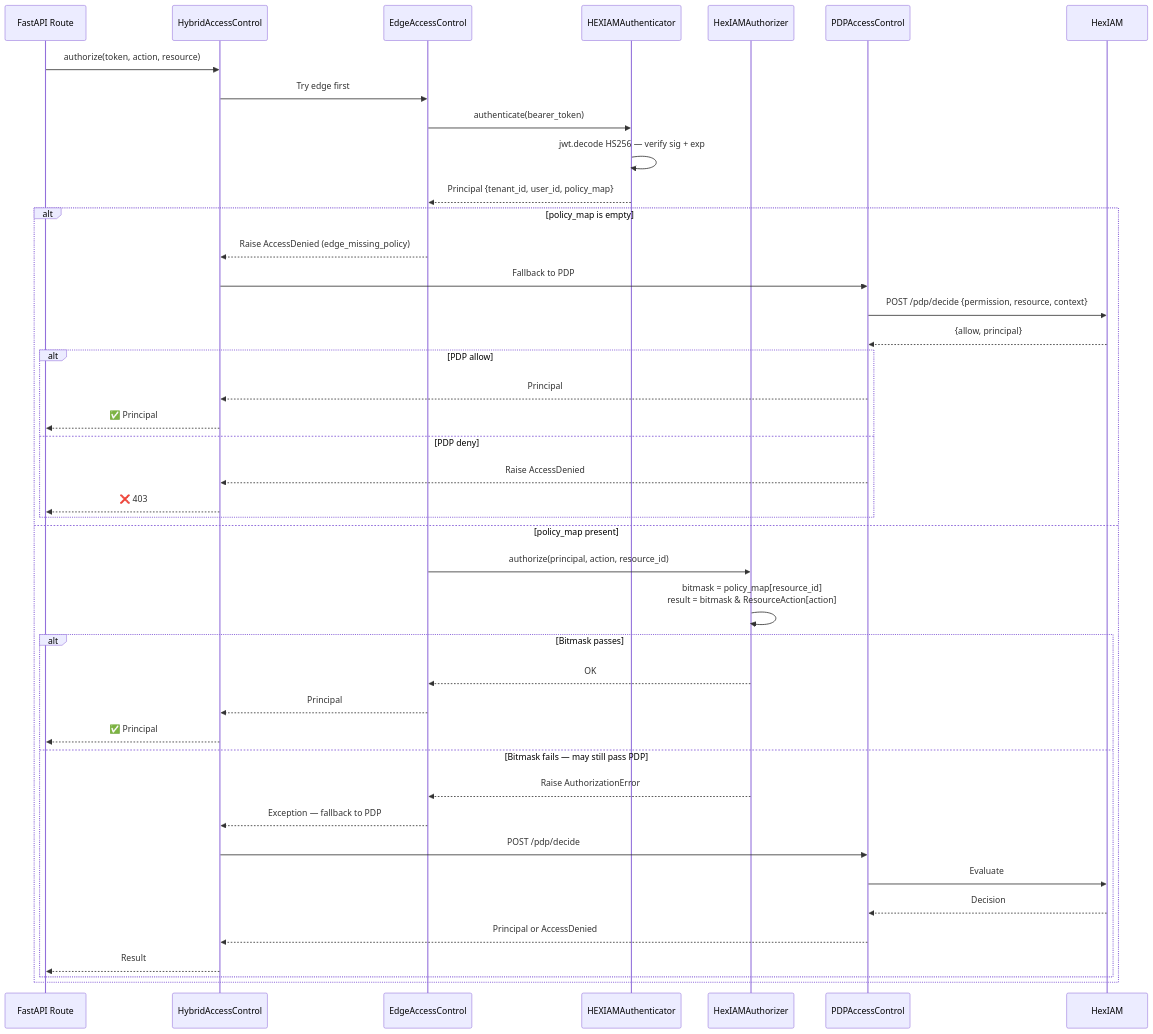
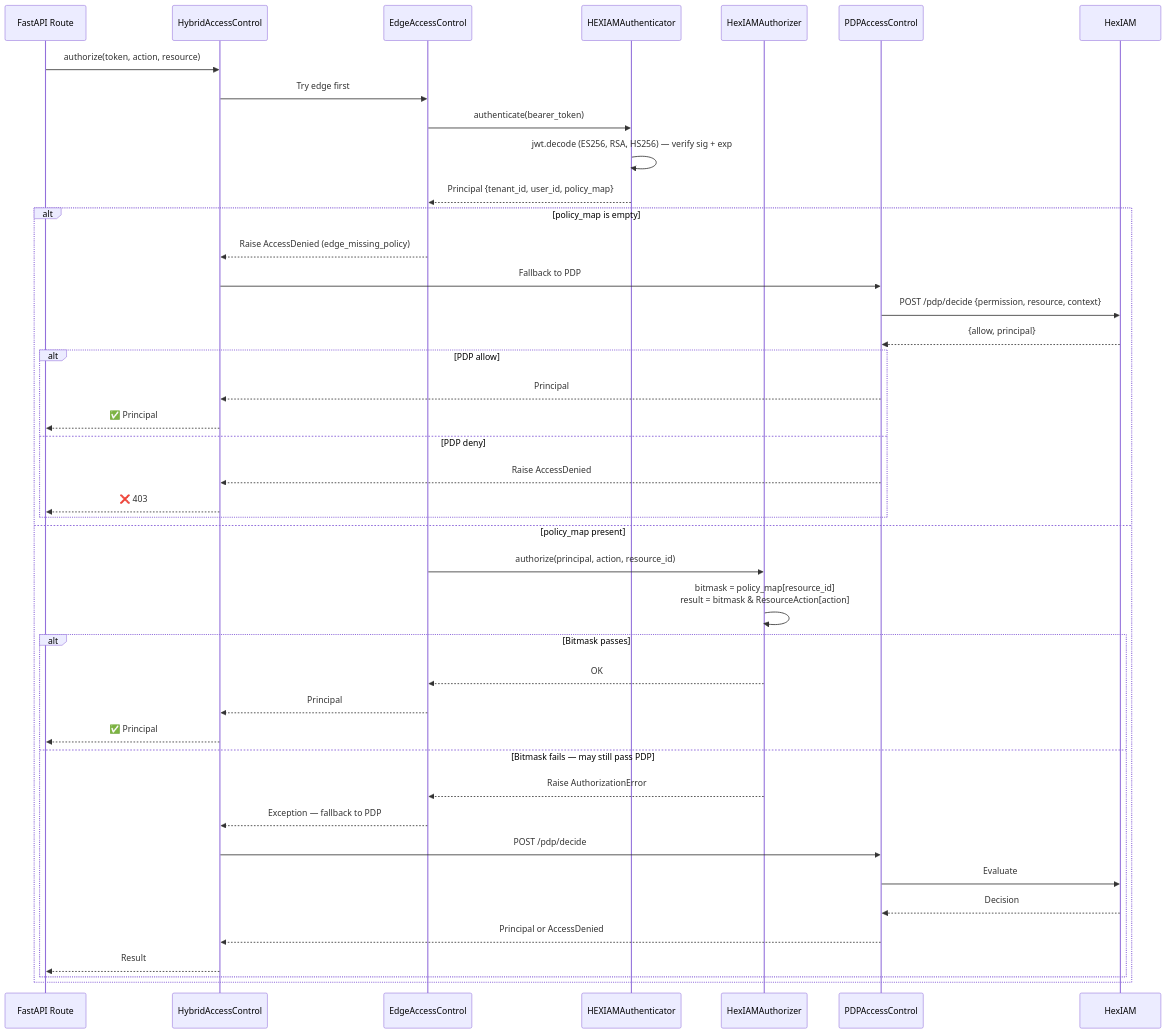
Before and after one commit to Merrick1307/HexShare: diagram 12 of 23 in ARCHITECTURE.md, drawn with Mermaid. The commit also changed other lines of this file and 16 other files, not shown here.

````diff
--- a/ARCHITECTURE.md
+++ b/ARCHITECTURE.md
@@ -479,46 +481,46 @@
 ```mermaid
 sequenceDiagram
     participant Route as FastAPI Route
     participant Hybrid as HybridAccessControl
     participant Edge as EdgeAccessControl
     participant Authn as HEXIAMAuthenticator
     participant Authz as HexIAMAuthorizer
     participant PDP as PDPAccessControl
     participant IAM as HexIAM
 
     Route->>Hybrid: authorize(token, action, resource)
     Hybrid->>Edge: Try edge first
     Edge->>Authn: authenticate(bearer_token)
-    Authn->>Authn: jwt.decode HS256 — verify sig + exp
+    Authn->>Authn: jwt.decode (ES256, RSA, HS256) — verify sig + exp
     Authn-->>Edge: Principal {tenant_id, user_id, policy_map}
 
     alt policy_map is empty
         Edge-->>Hybrid: Raise AccessDenied (edge_missing_policy)
         Hybrid->>PDP: Fallback to PDP
         PDP->>IAM: POST /pdp/decide {permission, resource, context}
         IAM-->>PDP: {allow, principal}
         alt PDP allow
             PDP-->>Hybrid: Principal
             Hybrid-->>Route: ✅ Principal
         else PDP deny
             PDP-->>Hybrid: Raise AccessDenied
             Hybrid-->>Route: ❌ 403
         end
     else policy_map present
         Edge->>Authz: authorize(principal, action, resource_id)
         Authz->>Authz: bitmask = policy_map[resource_id]<br/>result = bitmask & ResourceAction[action]
         alt Bitmask passes
             Authz-->>Edge: OK
             Edge-->>Hybrid: Principal
             Hybrid-->>Route: ✅ Principal
         else Bitmask fails — may still pass PDP
             Authz-->>Edge: Raise AuthorizationError
             Edge-->>Hybrid: Exception — fallback to PDP
             Hybrid->>PDP: POST /pdp/decide
             PDP->>IAM: Evaluate
             IAM-->>PDP: Decision
             PDP-->>Hybrid: Principal or AccessDenied
             Hybrid-->>Route: Result
         end
     end
 ```
````
